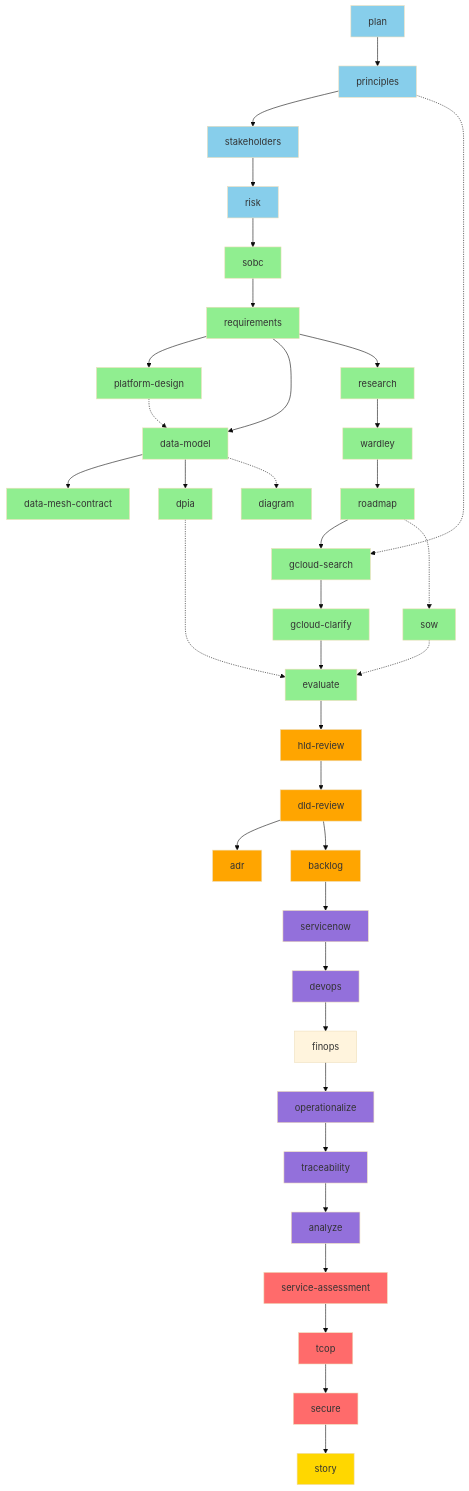
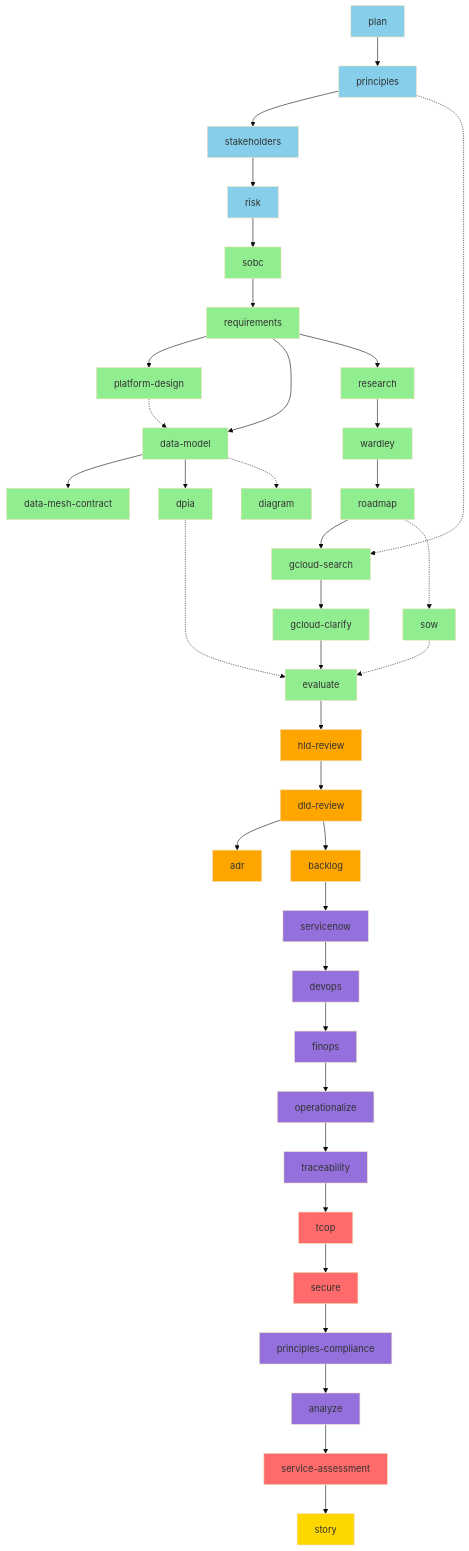
The second of 9 diagrams in WORKFLOW-DIAGRAMS.md (tractorjuice/arckit-test-project-v8-ons-data-platform), drawn with Mermaid (base theme) before and after one commit. The commit also changed other lines of this file and 1 other file, not shown here.

Commit message:
chore: sync DEPENDENCY-MATRIX.md and WORKFLOW-DIAGRAMS.md from arc-kit

````diff
--- a/WORKFLOW-DIAGRAMS.md
+++ b/WORKFLOW-DIAGRAMS.md
@@ -147,15 +150,16 @@
     W1 --> W1a[finops]
     W1a --> W2[operationalize]
     W2 --> X[traceability]
-    X --> Y[analyze]
 
     %% Tier 10: UK Gov Compliance
+    X --> X1[tcop]
+    X1 --> X2[secure]
+    X2 --> X3[principles-compliance]
+    X3 --> Y[analyze]
     Y --> Z[service-assessment]
-    Z --> Z1[tcop]
-    Z1 --> Z2[secure]
 
     %% Tier 11: Reporting
-    Z2 --> AA[story]
+    Z --> AA[story]
 
     style A fill:#87CEEB
     style B fill:#87CEEB
@@ -181,11 +185,13 @@
     style V fill:#90EE90
     style W fill:#9370DB
     style W1 fill:#9370DB
+    style W1a fill:#9370DB
     style W2 fill:#9370DB
     style X fill:#9370DB
+    style X1 fill:#FF6B6B
+    style X2 fill:#FF6B6B
+    style X3 fill:#9370DB
     style Y fill:#9370DB
     style Z fill:#FF6B6B
-    style Z1 fill:#FF6B6B
-    style Z2 fill:#FF6B6B
     style AA fill:#FFD700
 ```
````
